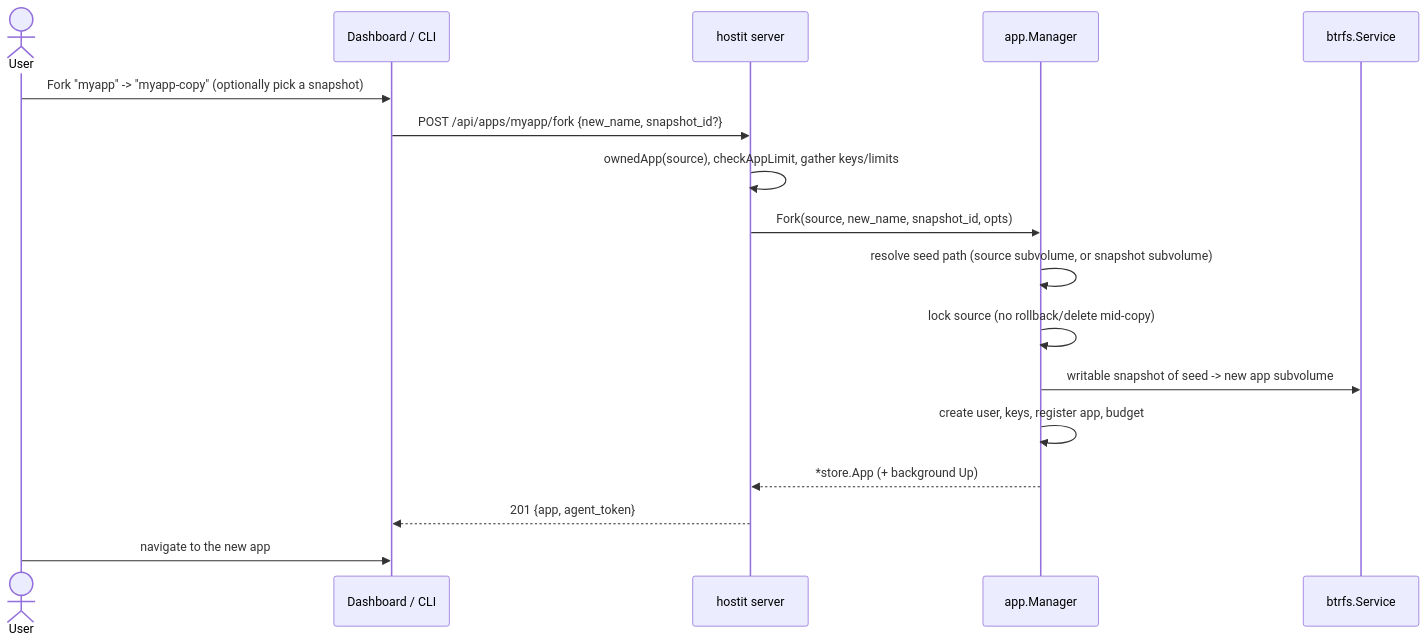
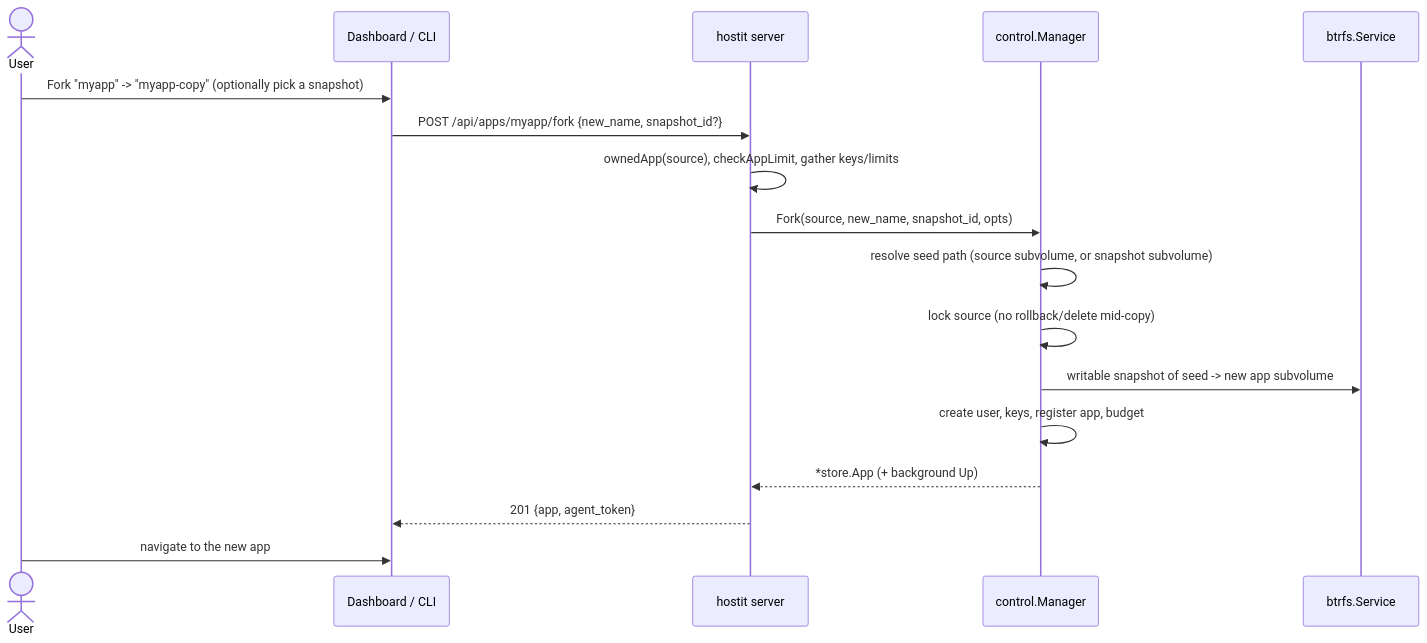
Before and after one commit to binwiederhier/hostit: the diagram in docs/features/fork.md, drawn with Mermaid. The commit also changed other lines of this file and 32 other files, not shown here.

First line of the commit message:
docs: catch the documentation up with the shipped split architecture

````diff
--- a/docs/features/fork.md
+++ b/docs/features/fork.md
@@ -45,19 +45,19 @@
 ```mermaid
 sequenceDiagram
     actor User
     participant UI as Dashboard / CLI
     participant API as hostit server
-    participant Mgr as app.Manager
+    participant Mgr as control.Manager
     participant Btrfs as btrfs.Service
     User->>UI: Fork "myapp" -> "myapp-copy" (optionally pick a snapshot)
     UI->>API: POST /api/apps/myapp/fork {new_name, snapshot_id?}
     API->>API: ownedApp(source), checkAppLimit, gather keys/limits
     API->>Mgr: Fork(source, new_name, snapshot_id, opts)
     Mgr->>Mgr: resolve seed path (source subvolume, or snapshot subvolume)
     Mgr->>Mgr: lock source (no rollback/delete mid-copy)
     Mgr->>Btrfs: writable snapshot of seed -> new app subvolume
     Mgr->>Mgr: create user, keys, register app, budget
     Mgr-->>API: *store.App (+ background Up)
     API-->>UI: 201 {app, agent_token}
     User->>UI: navigate to the new app
 ```
````
